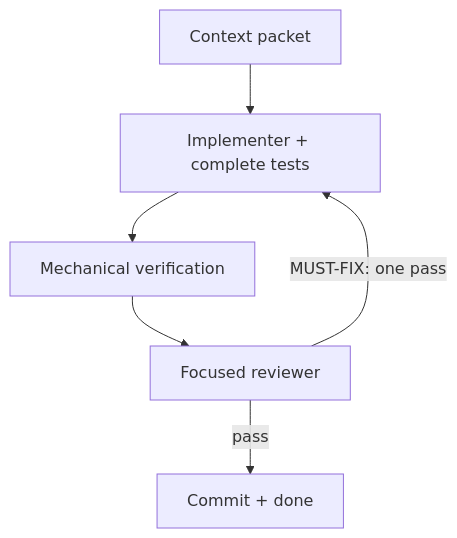
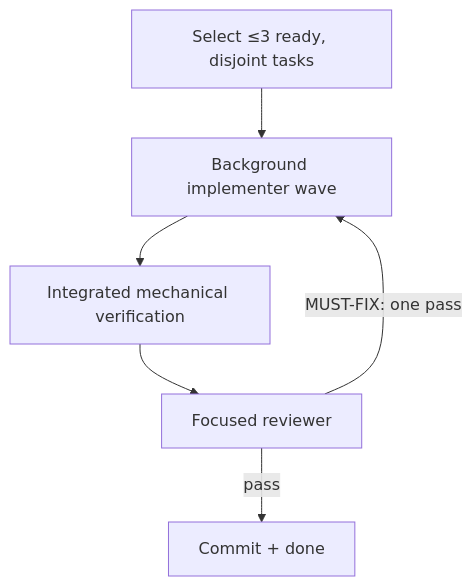
One commit to bperin/project-context changed the third of 3 diagrams in src/workflows/overview.md. Above: the diagram before and after it, drawn with Mermaid. The commit also changed other lines of this file and 8 other files, not shown here.

````diff
--- a/src/workflows/overview.md
+++ b/src/workflows/overview.md
@@ -38,8 +38,8 @@
 ```mermaid
 flowchart TD
-    CTX["Context packet"] --> P["Implementer + complete tests"]
-    P --> V["Mechanical verification"]
+    CTX["Select ≤3 ready, disjoint tasks"] --> P["Background implementer wave"]
+    P --> V["Integrated mechanical verification"]
     V --> CR["Focused reviewer"]
     CR -->|"MUST-FIX: one pass"| P
     CR -->|pass| COM["Commit + done"]
 ```
````
